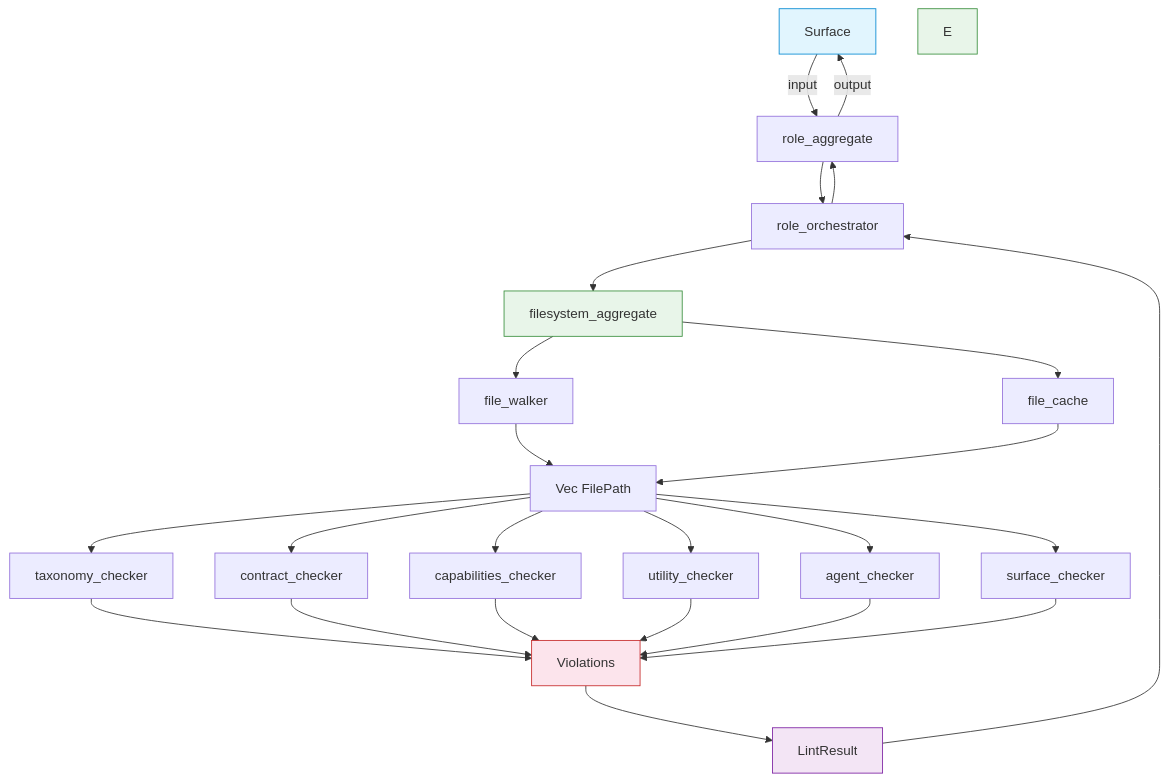
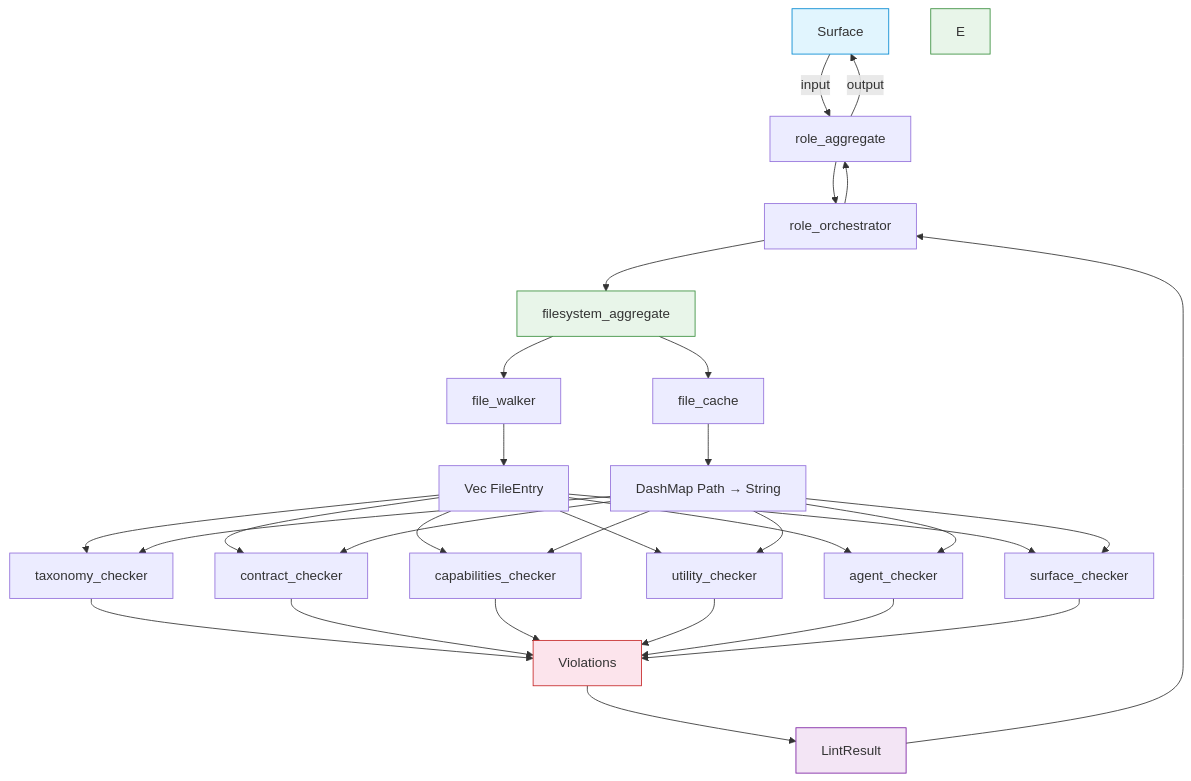
One commit to rakaarwaky/lint-arwaky changed the diagram in crates/role-rules/FRD.md. Above: the diagram before and after it, drawn with Mermaid. The commit also changed 3 other files, not shown here.

First line of the commit message:
docs: mermaid shows correct output types per capability

````diff
--- a/crates/role-rules/FRD.md
+++ b/crates/role-rules/FRD.md
@@ -9,32 +9,38 @@
 ```mermaid
 flowchart TD
     A["Surface"] -->|input| B["role_aggregate"]
     B --> C["role_orchestrator"]
     C --> D["filesystem_aggregate"]
     D --> E1["file_walker"]
     D --> E2["file_cache"]
-    E1 --> G["Vec FilePath"]
-    E2 --> G
-    G --> H1["taxonomy_checker"]
-    G --> H2["contract_checker"]
-    G --> H3["capabilities_checker"]
-    G --> H4["utility_checker"]
-    G --> H5["agent_checker"]
-    G --> H6["surface_checker"]
+    E1 --> G1["Vec FileEntry"]
+    E2 --> G2["DashMap Path → String"]
+    G1 --> H1["taxonomy_checker"]
+    G2 --> H1
+    G1 --> H2["contract_checker"]
+    G2 --> H2
+    G1 --> H3["capabilities_checker"]
+    G2 --> H3
+    G1 --> H4["utility_checker"]
+    G2 --> H4
+    G1 --> H5["agent_checker"]
+    G2 --> H5
+    G1 --> H6["surface_checker"]
+    G2 --> H6
     H1 --> I["Violations"]
     H2 --> I
     H3 --> I
     H4 --> I
     H5 --> I
     H6 --> I
     I --> J["LintResult"]
     J --> C
     C --> B
     B -->|output| A
 
     style A fill:#e1f5fe,stroke:#0288d1
     style D fill:#e8f5e9,stroke:#388e3c
     style E fill:#e8f5e9,stroke:#388e3c
     style I fill:#fce4ec,stroke:#c62828
     style J fill:#f3e5f5,stroke:#7b1fa2
 ```
````
